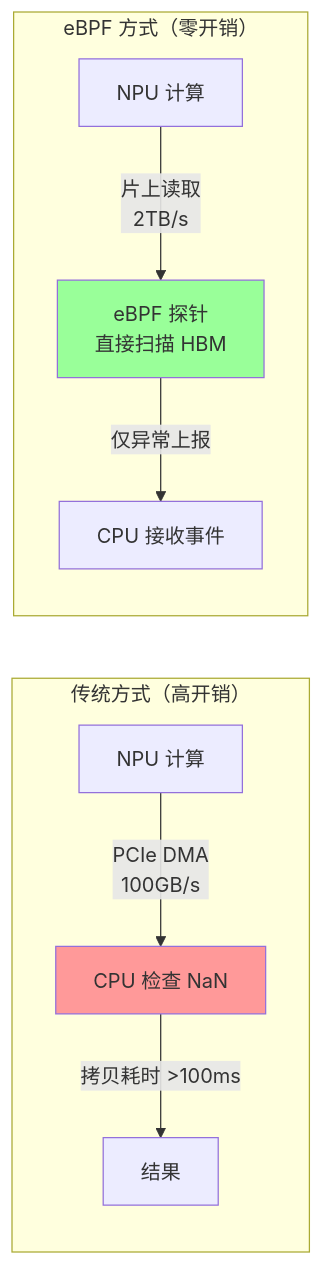
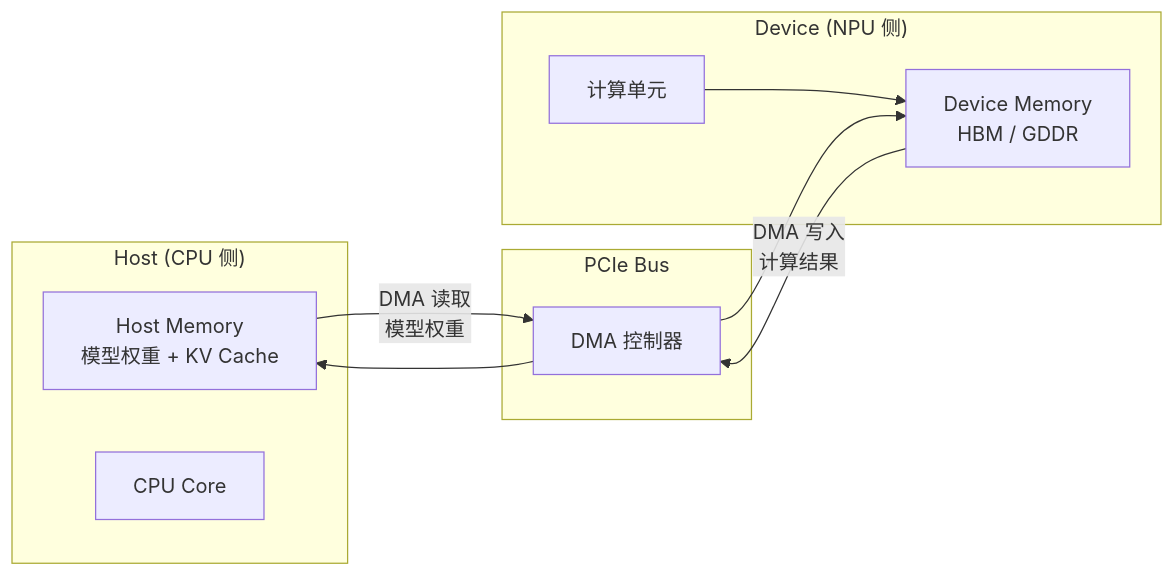
Before and after one commit to hlwqds/hl-ljj-quartz: the second of 3 diagrams in content/2026-04-08-ebpf-deep-dive-ch35-npu-tpu-ai-hardware.md, drawn with Mermaid. The commit also changed other lines of this file and 618 other files, not shown here.

````diff
--- a/content/2026-04-08-ebpf-deep-dive-ch35-npu-tpu-ai-hardware.md
+++ b/content/2026-04-08-ebpf-deep-dive-ch35-npu-tpu-ai-hardware.md
@@ -166,15 +227,22 @@
 ```mermaid
 graph LR
-    subgraph "传统方式（高开销）"
-        NPU1[NPU 计算] --> |"PCIe DMA<br/>100GB/s"| CPU1[CPU 检查 NaN]
-        CPU1 --> |"拷贝耗时 >100ms"| Result1[结果]
+    subgraph "Host (CPU 侧)"
+        HMem[Host Memory<br>模型权重 + KV Cache]
+        CPU[CPU Core]
     end
 
-    subgraph "eBPF 方式（零开销）"
-        NPU2[NPU 计算] --> |"片上读取<br/>2TB/s"| BPF[eBPF 探针<br/>直接扫描 HBM]
-        BPF --> |"仅异常上报"| CPU2[CPU 接收事件]
+    subgraph "PCIe Bus"
+        DMA[DMA 控制器]
     end
 
-    style CPU1 fill:#ff9999
-    style BPF fill:#99ff99
+    subgraph "Device (NPU 侧)"
+        DMem[Device Memory<br>HBM / GDDR]
+        NPU[计算单元]
+    end
+
+    HMem --> |"DMA 读取<br>模型权重"| DMA
+    DMA --> DMem
+    DMem --> |"DMA 写入<br>计算结果"| DMA
+    DMA --> HMem
+    NPU --> DMem
 ```
````
